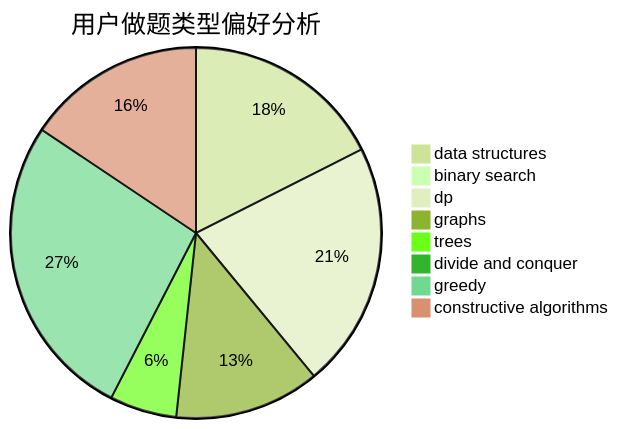
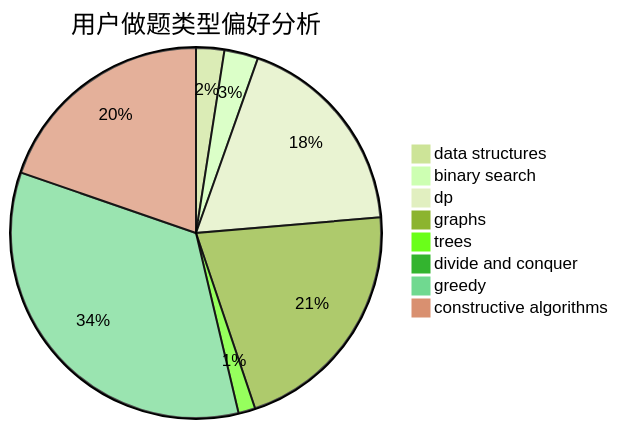
One commit to sherpahu/cfrs.github.io changed the second of 3 diagrams in docs/user/u1122.md. Above: the diagram before and after it, drawn with Mermaid (forest theme). The commit also changed other lines of this file and 2770 other files, not shown here.

````diff
--- a/docs/user/u1122.md
+++ b/docs/user/u1122.md
@@ -23,11 +23,11 @@
 ```mermaid
 pie title 用户做题类型偏好分析
-    "data structures" :  36
-    "binary search" :  0
-    "dp" :  44
-    "graphs" :  26
-    "trees" :  12
+    "data structures" :  5
+    "binary search" :  6
+    "dp" :  37
+    "graphs" :  43
+    "trees" :  3
     "divide and conquer" :  0
-    "greedy" :  55
-    "constructive algorithms" :  32
+    "greedy" :  69
+    "constructive algorithms" :  40
 ```
````
